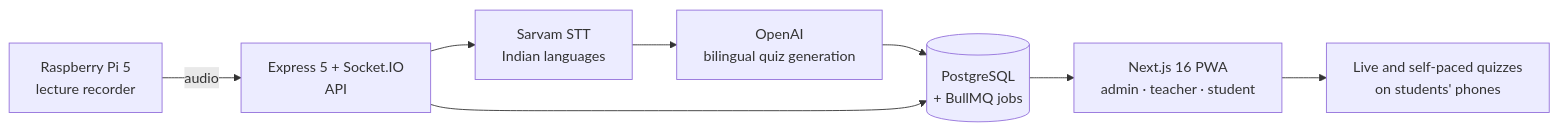
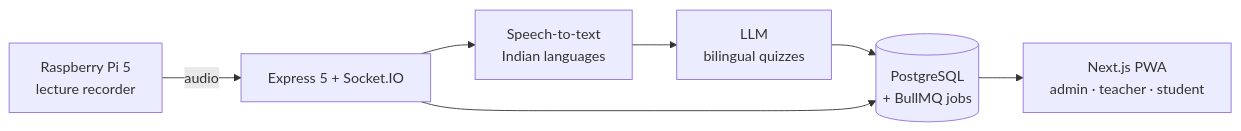
Before and after one commit to NINJA981/NINJA981: the diagram in README.md, drawn with Mermaid. The commit also changed other lines of this file and 5 other files, not shown here.

````diff
--- a/README.md
+++ b/README.md
@@ -83,10 +24,9 @@
 ```mermaid
 flowchart LR
-    Pi["Raspberry Pi 5<br/>lecture recorder"] -->|audio| API["Express 5 + Socket.IO<br/>API"]
-    API --> STT["Sarvam STT<br/>Indian languages"]
-    STT --> LLM["OpenAI<br/>bilingual quiz generation"]
+    Pi["Raspberry Pi 5<br/>lecture recorder"] -->|audio| API["Express 5 + Socket.IO"]
+    API --> STT["Speech-to-text<br/>Indian languages"]
+    STT --> LLM["LLM<br/>bilingual quizzes"]
     LLM --> DB[("PostgreSQL<br/>+ BullMQ jobs")]
     API --> DB
-    DB --> Web["Next.js 16 PWA<br/>admin · teacher · student"]
-    Web --> Phones["Live and self-paced quizzes<br/>on students' phones"]
+    DB --> Web["Next.js PWA<br/>admin · teacher · student"]
 ```
````
